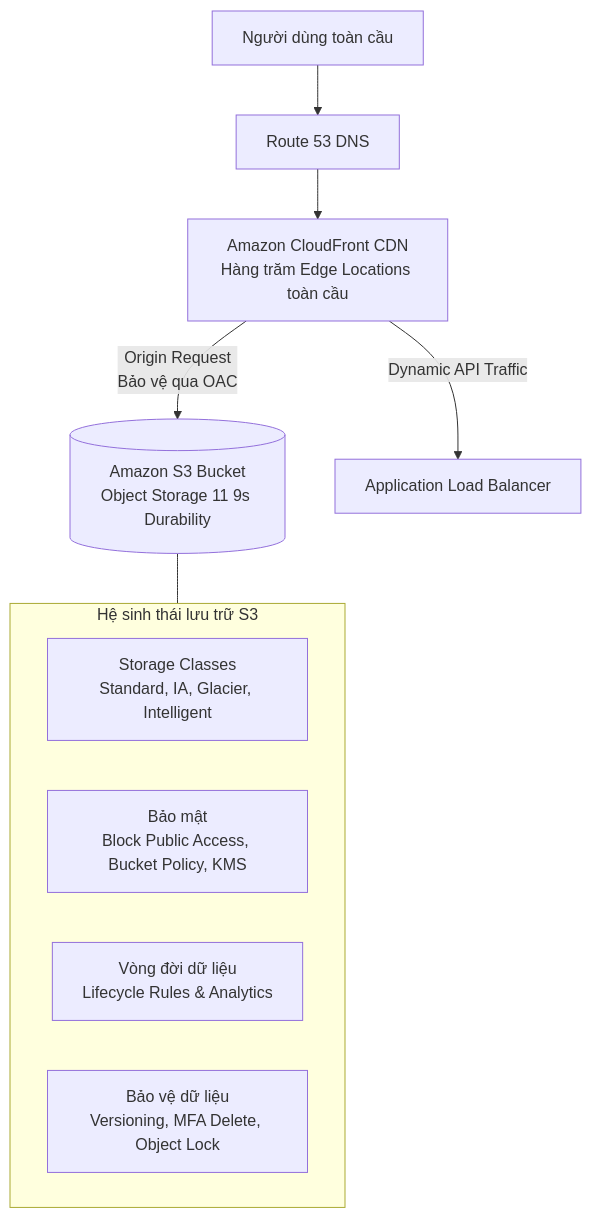
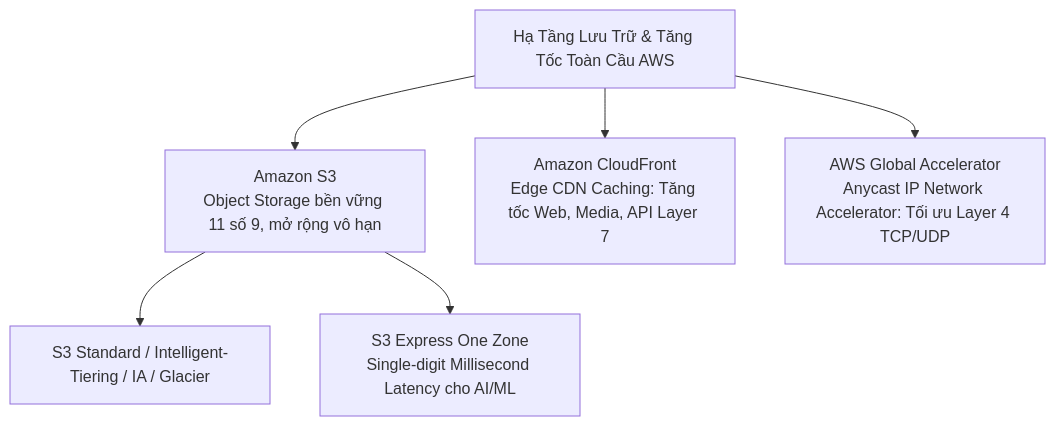
Before and after one commit to nhatphanhk/AWS_XBrain_Note: the first of 4 diagrams in AWS_Services/S3_and_CloudFront_Storage.md, drawn with Mermaid. The commit also changed other lines of this file and 15 other files, not shown here.

````diff
--- a/AWS_Services/S3_and_CloudFront_Storage.md
+++ b/AWS_Services/S3_and_CloudFront_Storage.md
@@ -20,16 +15,9 @@
 ```mermaid
 flowchart TD
-    Client[Người dùng toàn cầu] --> DNS[Route 53 DNS]
-    DNS --> CF[Amazon CloudFront CDN\nHàng trăm Edge Locations toàn cầu]
-    
-    CF -->|Origin Request\nBảo vệ qua OAC| S3[(Amazon S3 Bucket\nObject Storage 11 9s Durability)]
-    CF -->|Dynamic API Traffic| ALB[Application Load Balancer]
-    
-    subgraph S3DeepDive[Hệ sinh thái lưu trữ S3]
-        Classes[Storage Classes\nStandard, IA, Glacier, Intelligent]
-        Security[Bảo mật\nBlock Public Access, Bucket Policy, KMS]
-        Lifecycle[Vòng đời dữ liệu\nLifecycle Rules & Analytics]
-        Protection[Bảo vệ dữ liệu\nVersioning, MFA Delete, Object Lock]
-    end
-    S3 --- S3DeepDive
+    EdgeGlobal[Hạ Tầng Lưu Trữ & Tăng Tốc Toàn Cầu AWS] --> S3[Amazon S3\nObject Storage bền vững 11 số 9, mở rộng vô hạn]
+    EdgeGlobal --> CF[Amazon CloudFront\nEdge CDN Caching: Tăng tốc Web, Media, API Layer 7]
+    EdgeGlobal --> AGA[AWS Global Accelerator\nAnycast IP Network Accelerator: Tối ưu Layer 4 TCP/UDP]
+
+    S3 --> S3Standard[S3 Standard / Intelligent-Tiering / IA / Glacier]
+    S3 --> S3Express[S3 Express One Zone\nSingle-digit Millisecond Latency cho AI/ML]
 ```
````
